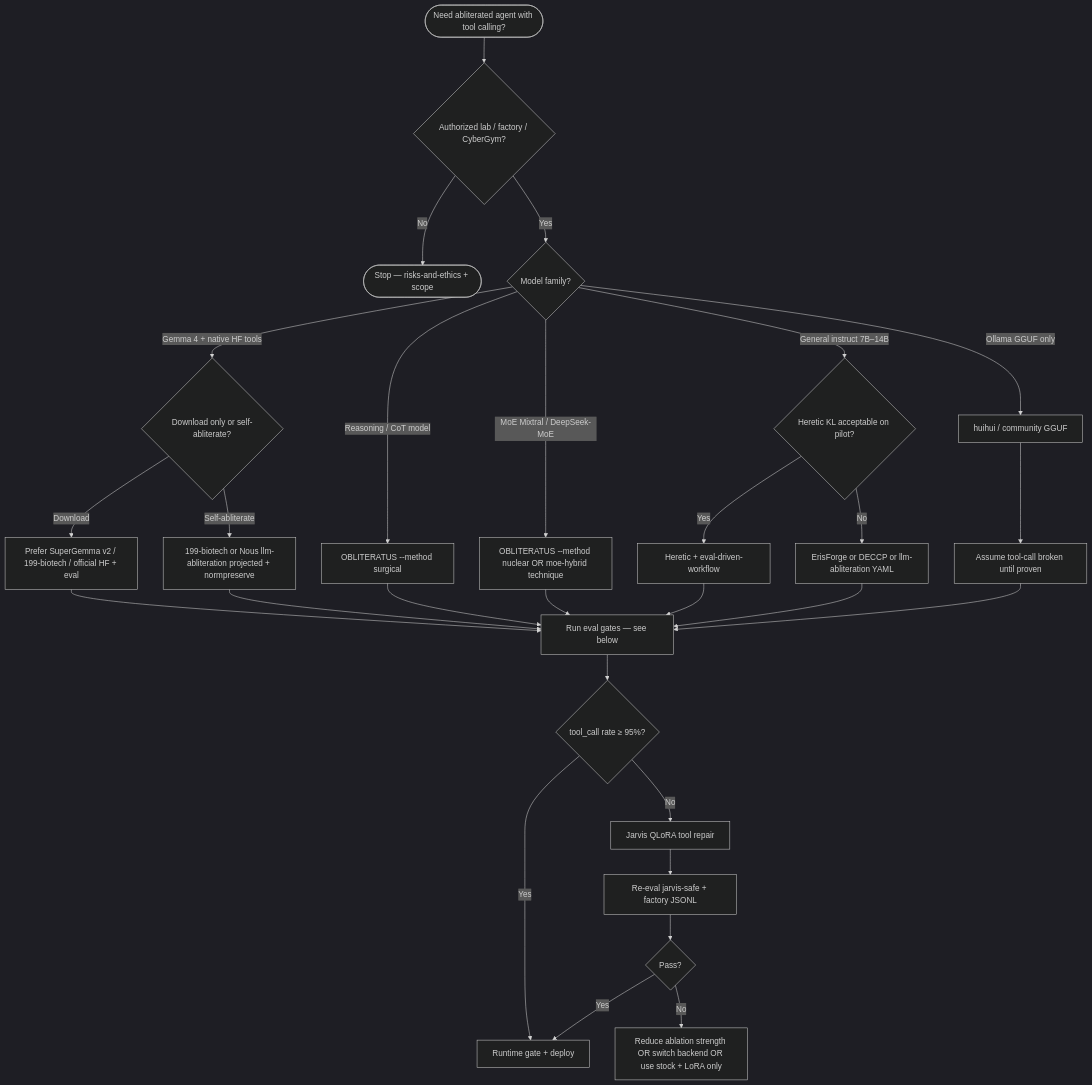
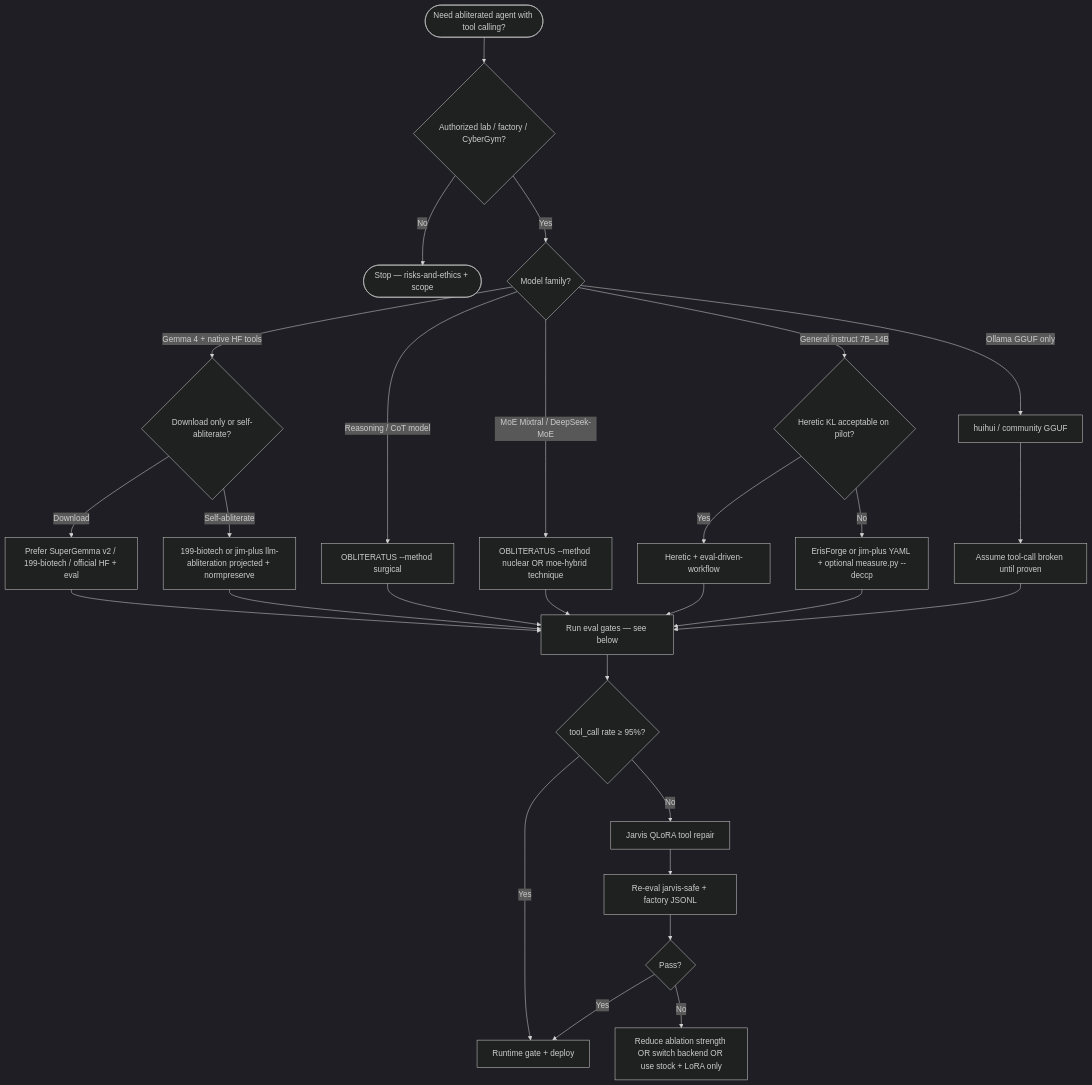
The first of 2 diagrams in docs/tools/abliteration-tooling.md (adybag14-cyber/Abliteration), drawn with Mermaid (dark theme) before and after one commit. The commit also changed other lines of this file and 31 other files, not shown here.

````diff
--- a/docs/tools/abliteration-tooling.md
+++ b/docs/tools/abliteration-tooling.md
@@ -216,36 +216,36 @@
 ```mermaid
 flowchart TD
   START([Need abliterated agent with tool calling?]) --> Q1{Authorized lab / factory / CyberGym?}
   Q1 -->|No| STOP([Stop — risks-and-ethics + scope])
   Q1 -->|Yes| Q2{Model family?}
 
   Q2 -->|Gemma 4 + native HF tools| G1{Download only or self-abliterate?}
   G1 -->|Download| G2[Prefer SuperGemma v2 / 199-biotech / official HF + eval]
-  G1 -->|Self-abliterate| G3[199-biotech or Nous llm-abliteration projected + normpreserve]
+  G1 -->|Self-abliterate| G3[199-biotech or jim-plus llm-abliteration projected + normpreserve]
   G2 --> EVAL
   G3 --> EVAL
 
   Q2 -->|Reasoning / CoT model| R1[OBLITERATUS --method surgical]
   R1 --> EVAL
 
   Q2 -->|MoE Mixtral / DeepSeek-MoE| M1[OBLITERATUS --method nuclear OR moe-hybrid technique]
   M1 --> EVAL
 
   Q2 -->|General instruct 7B–14B| H1{Heretic KL acceptable on pilot?}
   H1 -->|Yes| H2[Heretic + eval-driven-workflow]
-  H1 -->|No| H3[ErisForge or DECCP or llm-abliteration YAML]
+  H1 -->|No| H3[ErisForge or jim-plus YAML + optional measure.py --deccp]
   H2 --> EVAL
   H3 --> EVAL
 
   Q2 -->|Ollama GGUF only| O1[huihui / community GGUF]
   O1 --> WARN[Assume tool-call broken until proven]
   WARN --> EVAL
 
   EVAL[Run eval gates — see below] --> Q3{tool_call rate ≥ 95%?}
   Q3 -->|Yes| SHIP[Runtime gate + deploy]
   Q3 -->|No| REPAIR[Jarvis QLoRA tool repair]
   REPAIR --> EVAL2[Re-eval jarvis-safe + factory JSONL]
   EVAL2 --> Q4{Pass?}
   Q4 -->|Yes| SHIP
   Q4 -->|No| MILD[Reduce ablation strength OR switch backend OR use stock + LoRA only]
 ```
````
